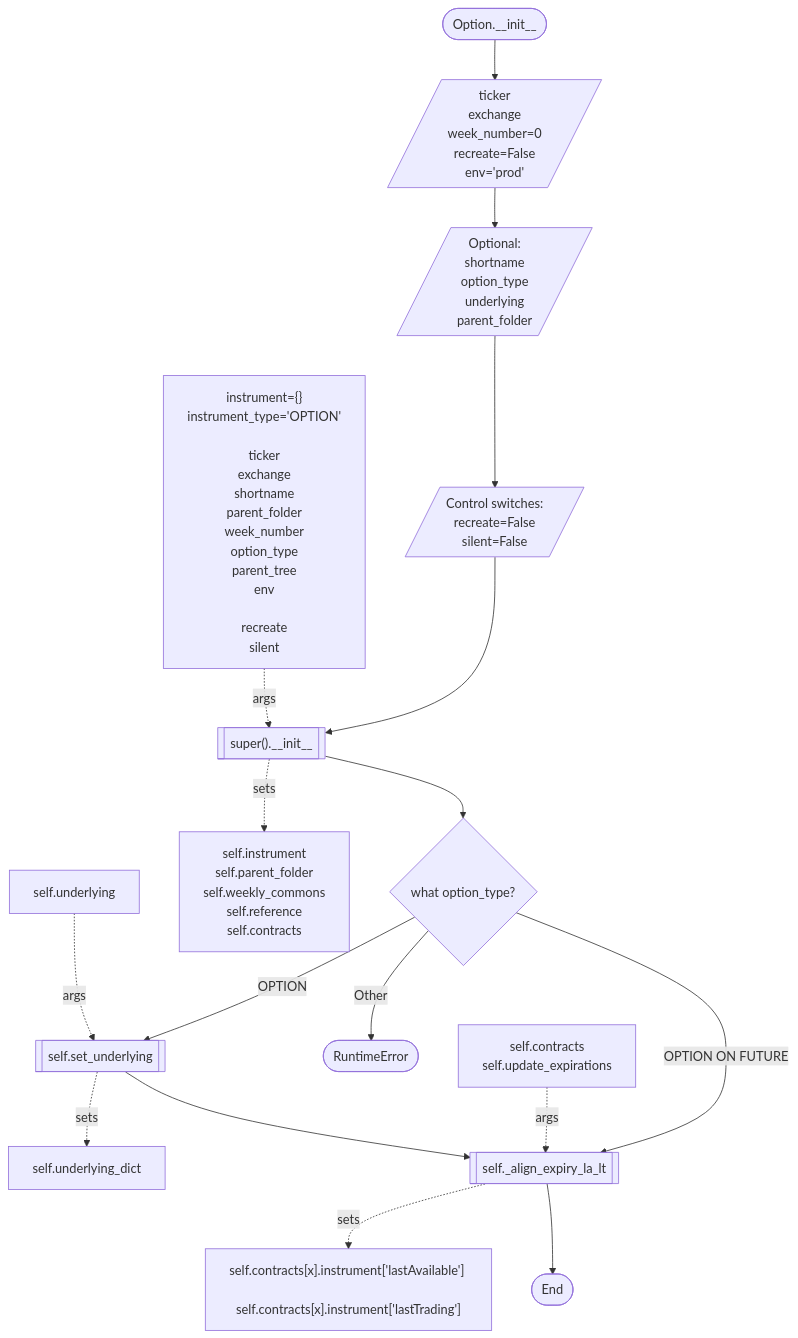
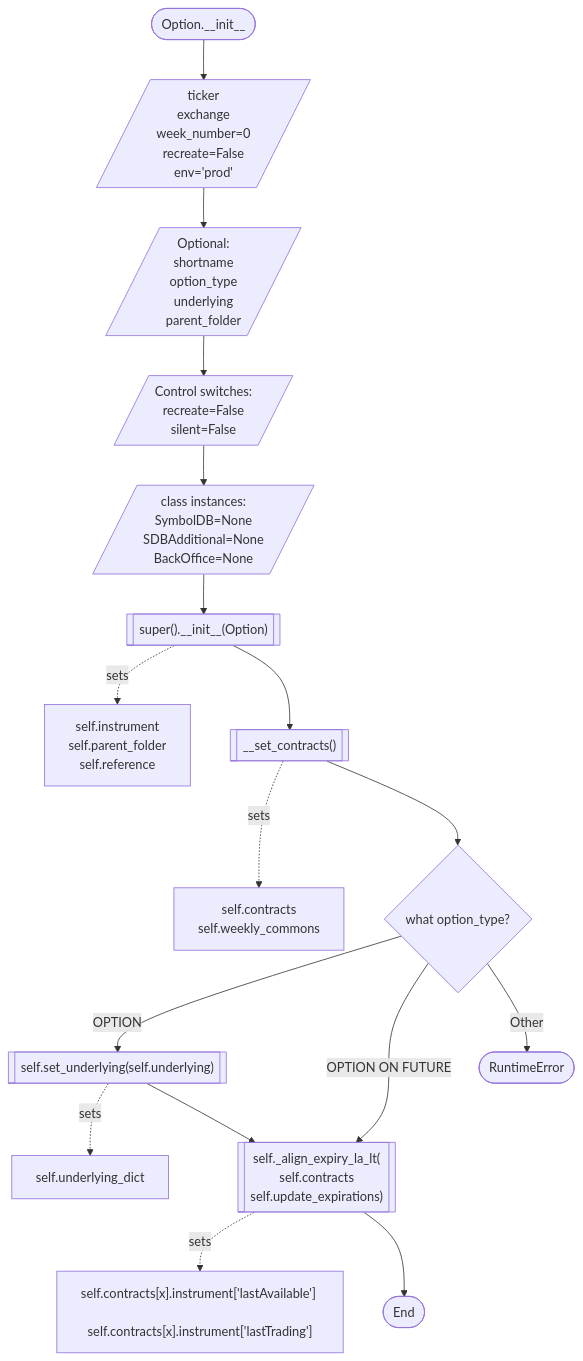
Before and after one commit to the-livingstone/exante-libs: the first of 7 diagrams in sdb_instruments/flowcharts/option_flowchart.md, drawn with Mermaid. The commit also changed other lines of this file, not shown here.

````diff
--- a/sdb_instruments/flowcharts/option_flowchart.md
+++ b/sdb_instruments/flowcharts/option_flowchart.md
@@ -2,68 +2,63 @@
 ```mermaid
 flowchart TB
     Option(["Option.__init__"])
     --> opt_init_req[/"
         ticker
         exchange
         week_number=0
         recreate=False
         env='prod'
     "/]
     --> opt_init_opt[/"
         Optional:
         shortname
         option_type
         underlying
         parent_folder
     "/]
-    --> opt_init[/"
+    --> opt_init_cs[/"
         Control switches:
         recreate=False
         silent=False
     "/]
-    --> super_init[["super().__init__"]]
-
-    super_init_args["
-        instrument={}
-        instrument_type='OPTION'
-
-        ticker
-        exchange
-        shortname
-        parent_folder
-        week_number
-        option_type
-        parent_tree
-        env
-
-        recreate
-        silent
-    "] -.-> |args| super_init
-    --> opt_type{"what option_type?"}
+    --> opt_init_ci[/"
+        class instances:
+        SymbolDB=None
+        SDBAdditional=None
+        BackOffice=None
+    "/]
+    --> super_init[["super().__init__(Option)"]]
 
     super_init -.-> |sets| super_set["
         self.instrument
         self.parent_folder
-        self.weekly_commons
         self.reference
-        self.contracts
     "]
 
-    opt_type --> |OPTION| set_udl[["self.set_underlying"]]
-    set_udl_args[self.underlying] -.->|args| set_udl
+    super_init --> set_contracts[["__set_contracts()"]]
+    set_contracts -.-> |sets| contrs_set["
+            self.contracts
+            self.weekly_commons
+        "]
+   set_contracts --> opt_type{"what option_type?"}
+
+
+
+
+    opt_type --> |OPTION| set_udl[["self.set_underlying(self.underlying)"]]
     set_udl -.-> |sets| set_udl_set["self.underlying_dict"]
-    opt_type --> |OPTION ON FUTURE| align_la_lt[["self._align_expiry_la_lt"]]
+    opt_type --> |OPTION ON FUTURE| align_la_lt[["
+        self._align_expiry_la_lt(
+            self.contracts
+            self.update_expirations)
+        "]]
     opt_type --> |Other| opt_runtime_error([RuntimeError])
-    align_la_lt_args["
-        self.contracts
-        self.update_expirations
-    "] -.-> |args| align_la_lt
     set_udl --> align_la_lt
     -.-> |sets| set_exp_la_lt["
         self.contracts[x].instrument['lastAvailable'] 
         self.contracts[x].instrument['lastTrading']
     "]
     align_la_lt --> finish([End])
 
 
 ```
````
